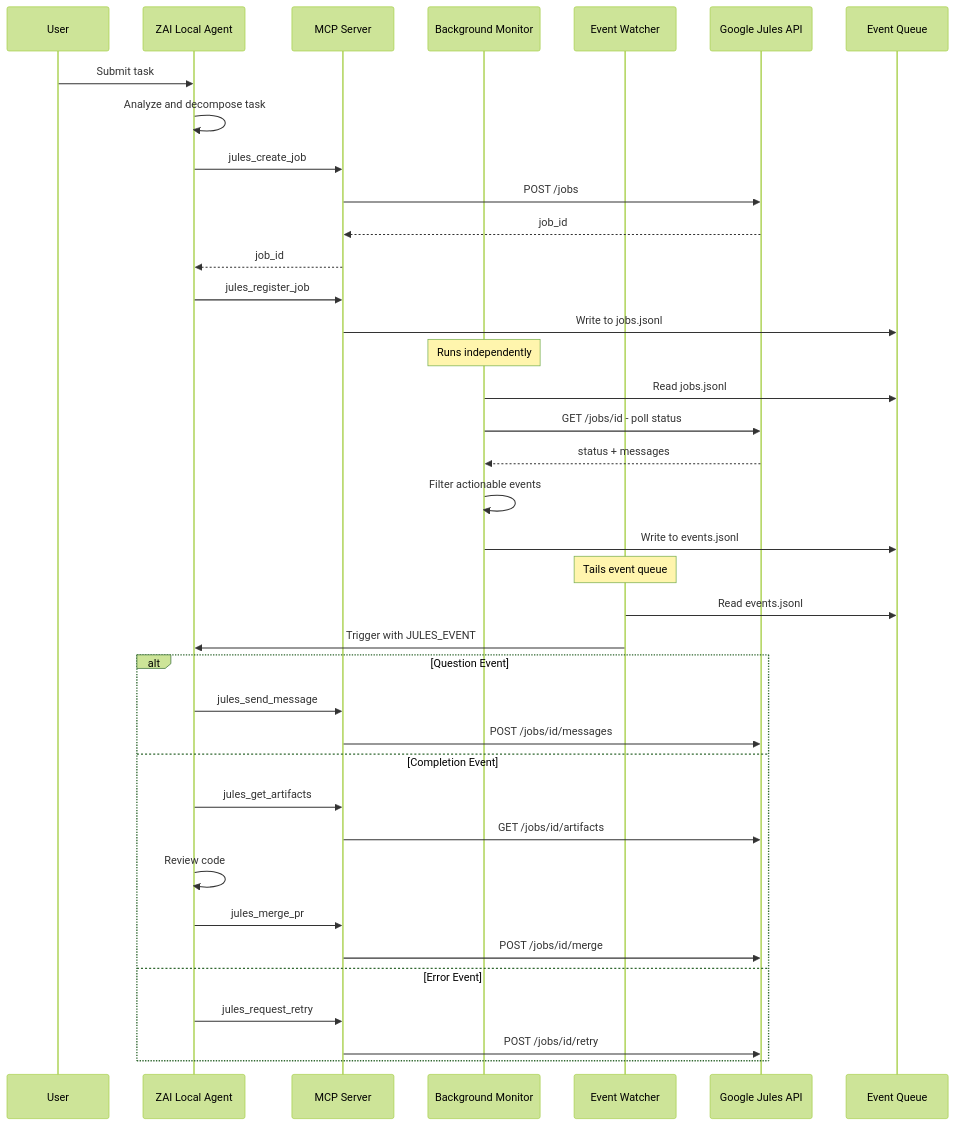
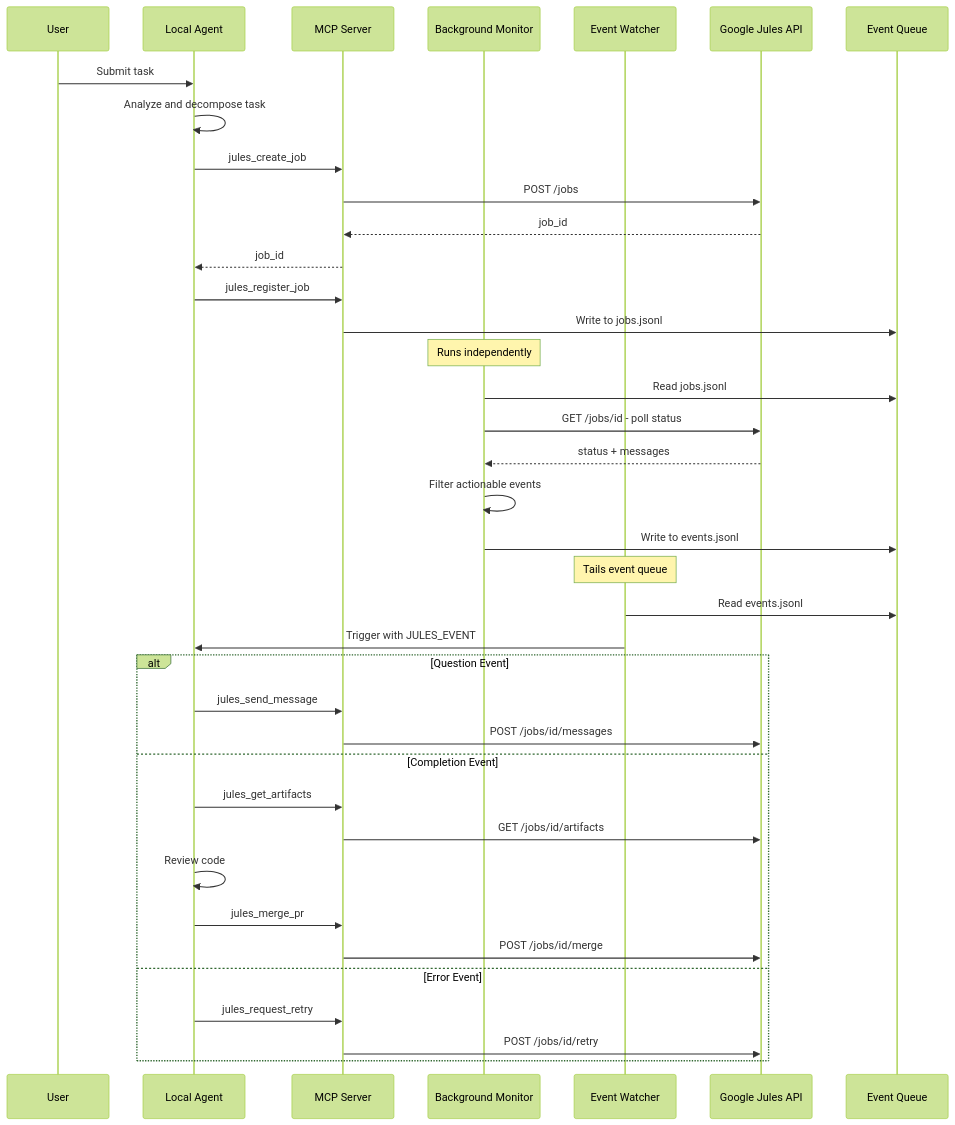
One commit to MikBin/jules-mpc changed the first of 3 diagrams in zai-jules-manager-architecture.md. Above: the diagram before and after it, drawn with Mermaid (forest theme). The commit also changed other lines of this file and 13 other files, not shown here.

First line of the commit message:
Remove ZAI branding and rebrand as generic Jules Manager MCP server

````diff
--- a/zai-jules-manager-architecture.md
+++ b/zai-jules-manager-architecture.md
@@ -15,44 +15,44 @@
 ```mermaid
 sequenceDiagram
     participant User
-    participant ZAI as ZAI Local Agent
+    participant LocalAgent as Local Agent
     participant MCP as MCP Server
     participant Monitor as Background Monitor
     participant Watcher as Event Watcher
     participant Jules as Google Jules API
     participant Queue as Event Queue
 
-    User->>ZAI: Submit task
-    ZAI->>ZAI: Analyze and decompose task
-    ZAI->>MCP: jules_create_job
+    User->>LocalAgent: Submit task
+    LocalAgent->>LocalAgent: Analyze and decompose task
+    LocalAgent->>MCP: jules_create_job
     MCP->>Jules: POST /jobs
     Jules-->>MCP: job_id
-    MCP-->>ZAI: job_id
-    ZAI->>MCP: jules_register_job
+    MCP-->>LocalAgent: job_id
+    LocalAgent->>MCP: jules_register_job
     MCP->>Queue: Write to jobs.jsonl
     
     Note over Monitor: Runs independently
     Monitor->>Queue: Read jobs.jsonl
     Monitor->>Jules: GET /jobs/id - poll status
     Jules-->>Monitor: status + messages
     Monitor->>Monitor: Filter actionable events
     Monitor->>Queue: Write to events.jsonl
     
     Note over Watcher: Tails event queue
     Watcher->>Queue: Read events.jsonl
-    Watcher->>ZAI: Trigger with JULES_EVENT
+    Watcher->>LocalAgent: Trigger with JULES_EVENT
     
     alt Question Event
-        ZAI->>MCP: jules_send_message
+        LocalAgent->>MCP: jules_send_message
         MCP->>Jules: POST /jobs/id/messages
     else Completion Event
-        ZAI->>MCP: jules_get_artifacts
+        LocalAgent->>MCP: jules_get_artifacts
         MCP->>Jules: GET /jobs/id/artifacts
-        ZAI->>ZAI: Review code
-        ZAI->>MCP: jules_merge_pr
+        LocalAgent->>LocalAgent: Review code
+        LocalAgent->>MCP: jules_merge_pr
         MCP->>Jules: POST /jobs/id/merge
     else Error Event
-        ZAI->>MCP: jules_request_retry
+        LocalAgent->>MCP: jules_request_retry
         MCP->>Jules: POST /jobs/id/retry
     end
 ```
````
